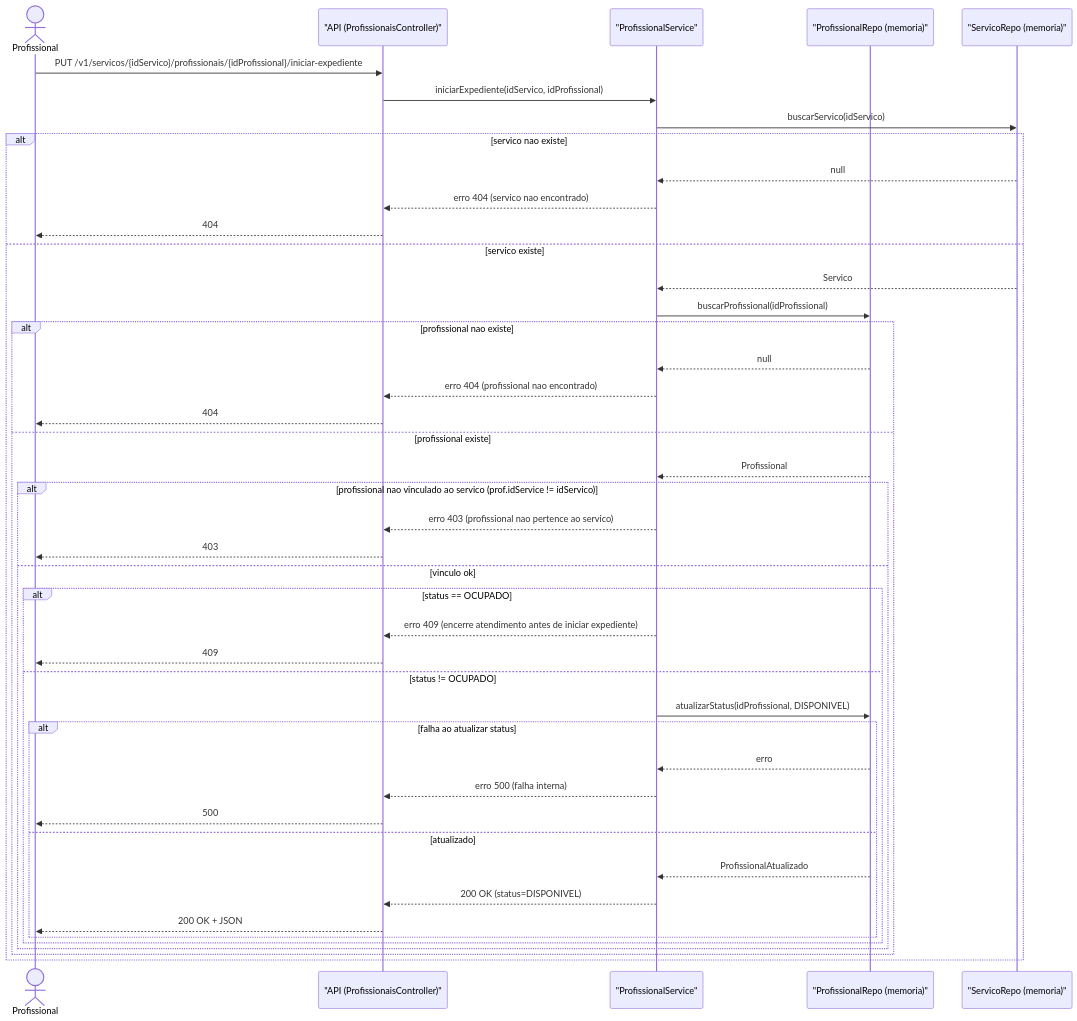
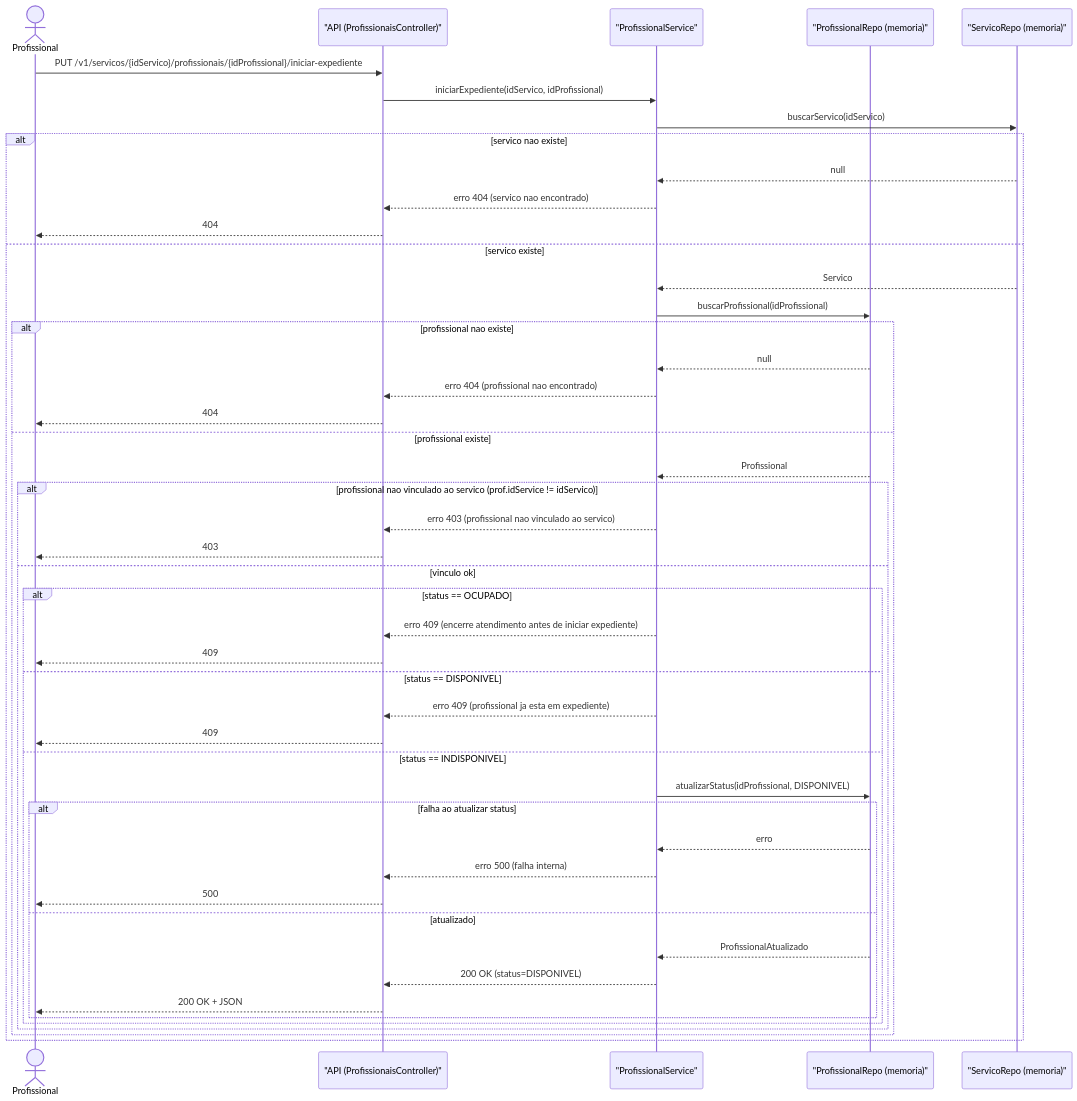
The sixth of 11 diagrams in docs/sequence_diagram.md (IsabelaSiqueira1/systemPDI), drawn with Mermaid before and after one commit. The commit also changed other lines of this file and 3 other files, not shown here.

Commit message:
atualização dos diagramas de classe, sequência e requisitos, incluindo ajustes na documentação e novas regras de negócio

````diff
--- a/docs/sequence_diagram.md
+++ b/docs/sequence_diagram.md
@@ -499,51 +496,54 @@
 ```mermaid
 
 sequenceDiagram
     actor Prof as Profissional
     participant API as "API (ProfissionaisController)"
     participant SVC as "ProfissionalService"
     participant PRepo as "ProfissionalRepo (memoria)"
     participant SRepo as "ServicoRepo (memoria)"
 
     Prof->>API: PUT /v1/servicos/{idServico}/profissionais/{idProfissional}/iniciar-expediente
     API->>SVC: iniciarExpediente(idServico, idProfissional)
 
     SVC->>SRepo: buscarServico(idServico)
     alt servico nao existe
         SRepo-->>SVC: null
         SVC-->>API: erro 404 (servico nao encontrado)
         API-->>Prof: 404
     else servico existe
         SRepo-->>SVC: Servico
 
         SVC->>PRepo: buscarProfissional(idProfissional)
         alt profissional nao existe
             PRepo-->>SVC: null
             SVC-->>API: erro 404 (profissional nao encontrado)
             API-->>Prof: 404
         else profissional existe
             PRepo-->>SVC: Profissional
 
             alt profissional nao vinculado ao servico (prof.idService != idServico)
-                SVC-->>API: erro 403 (profissional nao pertence ao servico)
+                SVC-->>API: erro 403 (profissional nao vinculado ao servico)
                 API-->>Prof: 403
             else vinculo ok
                 alt status == OCUPADO
                     SVC-->>API: erro 409 (encerre atendimento antes de iniciar expediente)
                     API-->>Prof: 409
-                else status != OCUPADO
+                else status == DISPONIVEL
+                    SVC-->>API: erro 409 (profissional ja esta em expediente)
+                    API-->>Prof: 409
+                else status == INDISPONIVEL
                     SVC->>PRepo: atualizarStatus(idProfissional, DISPONIVEL)
                     alt falha ao atualizar status
                         PRepo-->>SVC: erro
                         SVC-->>API: erro 500 (falha interna)
                         API-->>Prof: 500
                     else atualizado
                         PRepo-->>SVC: ProfissionalAtualizado
                         SVC-->>API: 200 OK (status=DISPONIVEL)
                         API-->>Prof: 200 OK + JSON
                     end
                 end
             end
         end
     end
 ```
````
